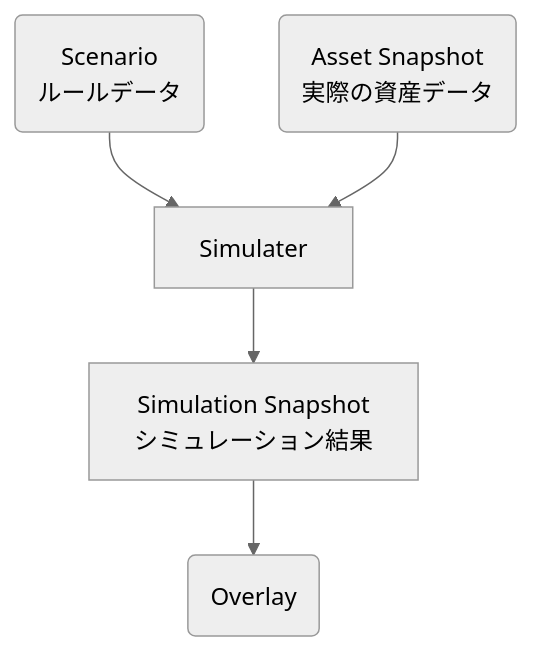
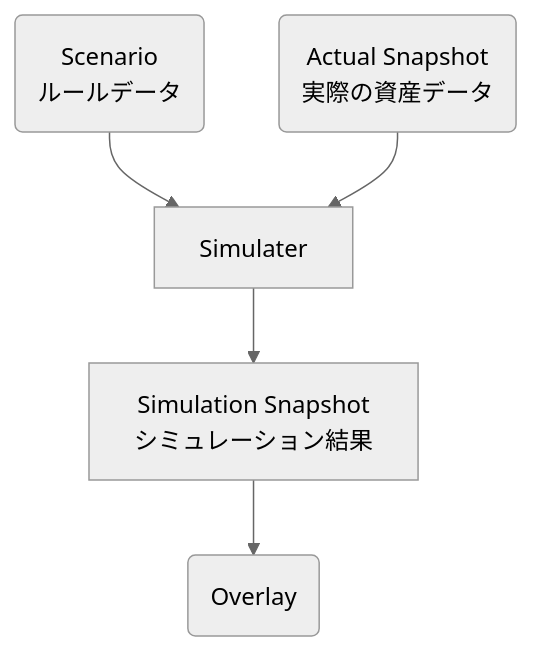
The first of 6 diagrams in README.md (hmzk0312/FinancesDSL), drawn with Mermaid (neutral theme) before and after one commit. The commit also changed other lines of this file, not shown here.

````diff
--- a/README.md
+++ b/README.md
@@ -29,13 +29,13 @@
 ```mermaid
 flowchart TD
     SO("Scenario\nルールデータ")
-    AS("Asset Snapshot\n実際の資産データ")
+    AS("Actual Snapshot\n実際の資産データ")
     SM["Simulater"]
     SS["Simulation Snapshot\nシミュレーション結果"]
     OG("Overlay")
 
     SO --> SM
     AS --> SM
     SM --> SS
     SS --> OG
 ```
````
